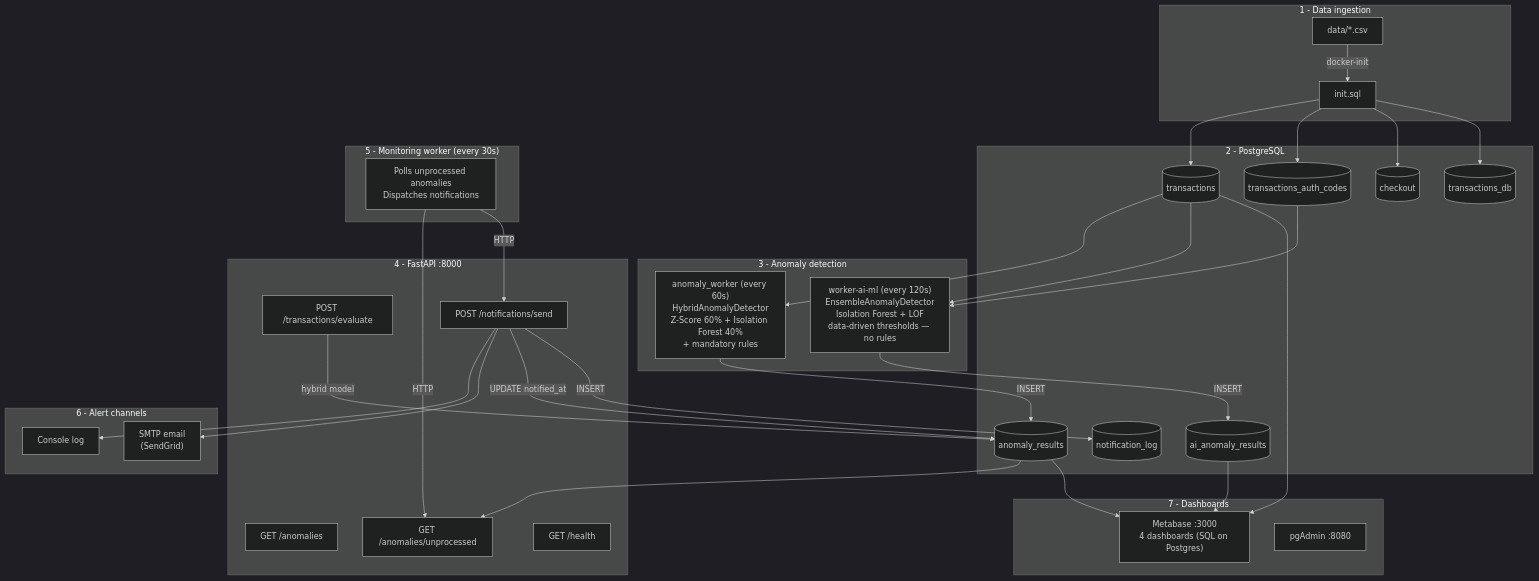
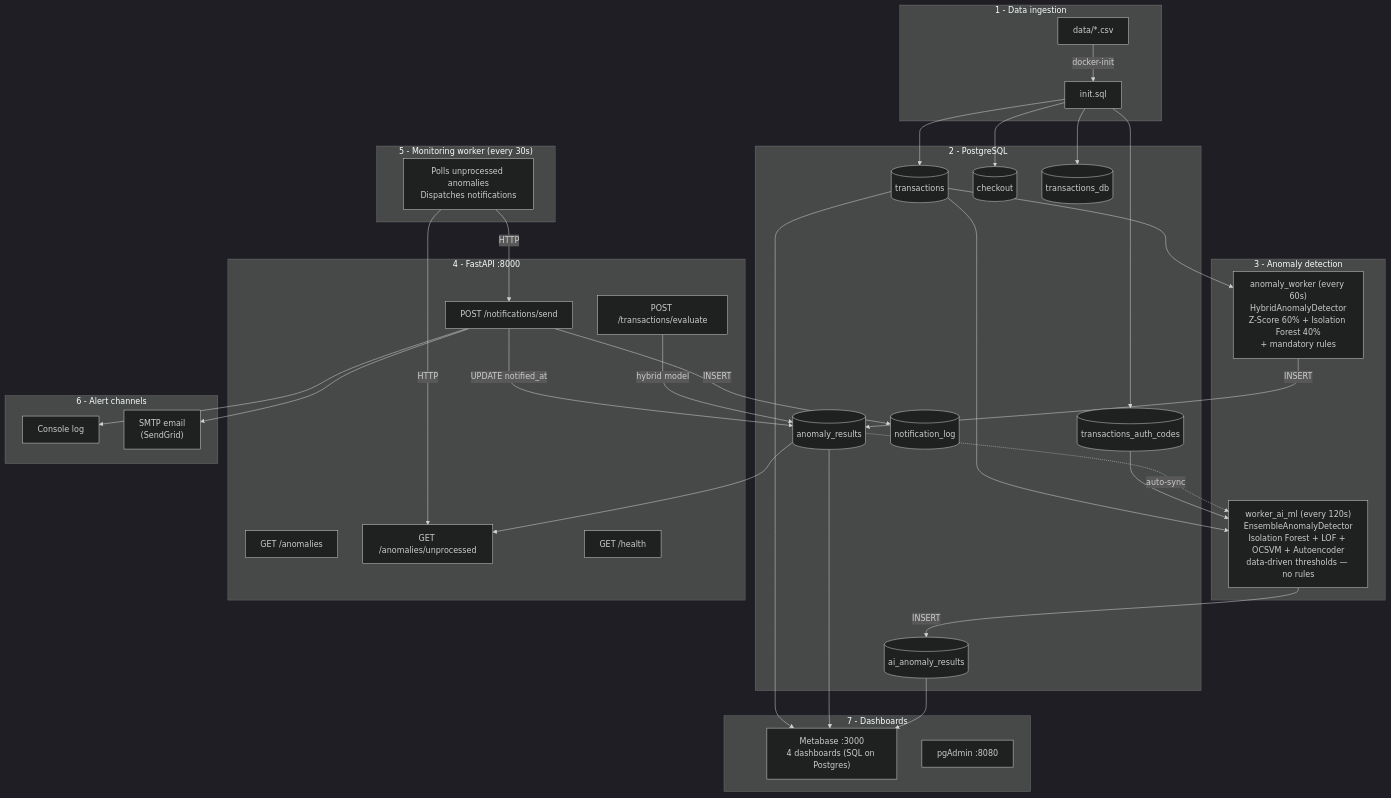
One commit to Matheus-Rodrigues1/cw-ai-challenge-interview changed the diagram in README.md. Above: the diagram before and after it, drawn with Mermaid (dark theme). The commit also changed other lines of this file and 15 other files, not shown here.

First line of the commit message:
feat: add auto-sync between AI and rule-based anomaly pipelines

````diff
--- a/README.md
+++ b/README.md
@@ -9,66 +9,67 @@
 ```mermaid
 flowchart TB
   subgraph ingest ["1 - Data ingestion"]
     CSV["data/*.csv"]
     INIT["init.sql"]
   end
 
   subgraph db ["2 - PostgreSQL"]
     TX[(transactions)]
     AUTH[(transactions_auth_codes)]
     CK[(checkout)]
     OPINT[(transactions_db)]
     AR[(anomaly_results)]
     AIAR[(ai_anomaly_results)]
     NL[(notification_log)]
   end
 
   subgraph detect ["3 - Anomaly detection"]
     AW["anomaly_worker (every 60s)<br>HybridAnomalyDetector<br>Z-Score 60% + Isolation Forest 40%<br>+ mandatory rules"]
-    AIML["worker-ai-ml (every 120s)<br>EnsembleAnomalyDetector<br>Isolation Forest + LOF<br>data-driven thresholds — no rules"]
+    AIML["worker_ai_ml (every 120s)<br>EnsembleAnomalyDetector<br>Isolation Forest + LOF + OCSVM + Autoencoder<br>data-driven thresholds — no rules"]
   end
 
   subgraph api ["4 - FastAPI :8000"]
     EVAL["POST /transactions/evaluate"]
     ANOM["GET /anomalies"]
     UNPR["GET /anomalies/unprocessed"]
     NOTIF["POST /notifications/send"]
     HEALTH["GET /health"]
   end
 
   subgraph notify ["5 - Monitoring worker (every 30s)"]
     MW["Polls unprocessed anomalies<br>Dispatches notifications"]
   end
 
   subgraph channels ["6 - Alert channels"]
     CON[Console log]
     EMAIL["SMTP email<br>(SendGrid)"]
   end
 
   subgraph dash ["7 - Dashboards"]
     MB["Metabase :3000<br>4 dashboards (SQL on Postgres)"]
     PGA["pgAdmin :8080"]
   end
 
   CSV -->|docker-init| INIT
   INIT --> TX
   INIT --> AUTH
   INIT --> CK
   INIT --> OPINT
   TX --> AW
   AW -->|INSERT| AR
   TX --> AIML
   AUTH --> AIML
   AIML -->|INSERT| AIAR
+  AR -.->|auto-sync| AIML
   AR --> UNPR
   MW -->|HTTP| UNPR
   MW -->|HTTP| NOTIF
   NOTIF --> CON
   NOTIF --> EMAIL
   NOTIF -->|UPDATE notified_at| AR
   NOTIF -->|INSERT| NL
   TX --> MB
   AR --> MB
   AIAR --> MB
   EVAL -->|hybrid model| AR
 ```
````
